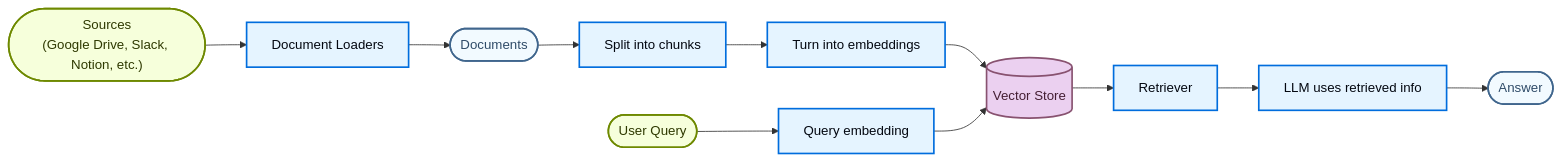
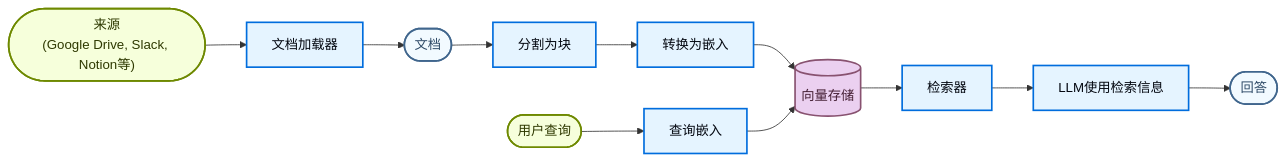
One commit to kunfan96/cndocs-langchain changed the first of 4 diagrams in oss/javascript/langchain/retrieval.mdx. Above: the diagram before and after it, drawn with Mermaid. The commit also changed other lines of this file and 2498 other files, not shown here.

````diff
--- a/oss/javascript/langchain/retrieval.mdx
+++ b/oss/javascript/langchain/retrieval.mdx
@@ -47,23 +47,23 @@
 ```mermaid
 flowchart LR
-  S(["Sources<br>(Google Drive, Slack, Notion, etc.)"]) --> L[Document Loaders]
-  L --> A([Documents])
-  A --> B[Split into chunks]
-  B --> C[Turn into embeddings]
-  C --> D[(Vector Store)]
-  Q([User Query]) --> E[Query embedding]
+  S(["来源<br>(Google Drive, Slack, Notion等)"]) --> L[文档加载器]
+  L --> A([文档])
+  A --> B[分割为块]
+  B --> C[转换为嵌入]
+  C --> D[(向量存储)]
+  Q([用户查询]) --> E[查询嵌入]
   E --> D
-  D --> F[Retriever]
-  F --> G[LLM uses retrieved info]
-  G --> H([Answer])
+  D --> F[检索器]
+  F --> G[LLM使用检索信息]
+  G --> H([回答])
 
   classDef trigger fill:#F6FFDB,stroke:#6E8900,stroke-width:2px,color:#2E3900
   classDef process fill:#E5F4FF,stroke:#006DDD,stroke-width:2px,color:#030710
   classDef output fill:#EBD0F0,stroke:#885270,stroke-width:2px,color:#441E33
   classDef neutral fill:#F2FAFF,stroke:#40668D,stroke-width:2px,color:#2F4B68
 
   class S,Q trigger
   class L,B,C,E,F,G process
   class D output
   class A,H neutral
 ```
````
